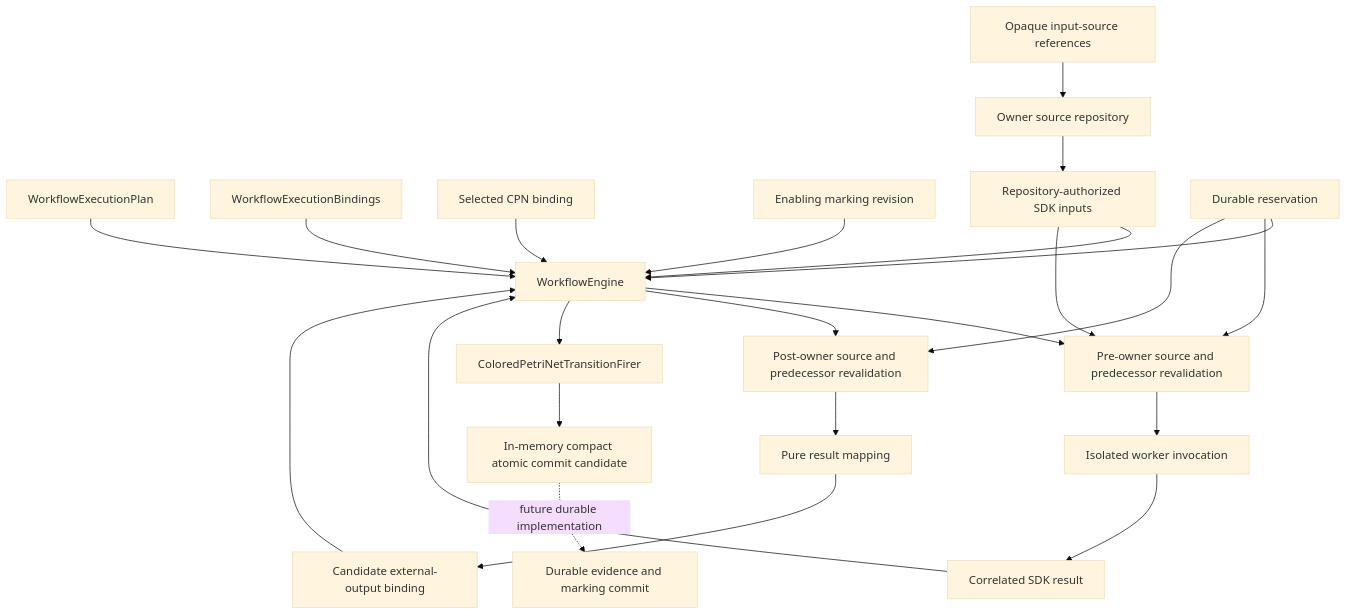
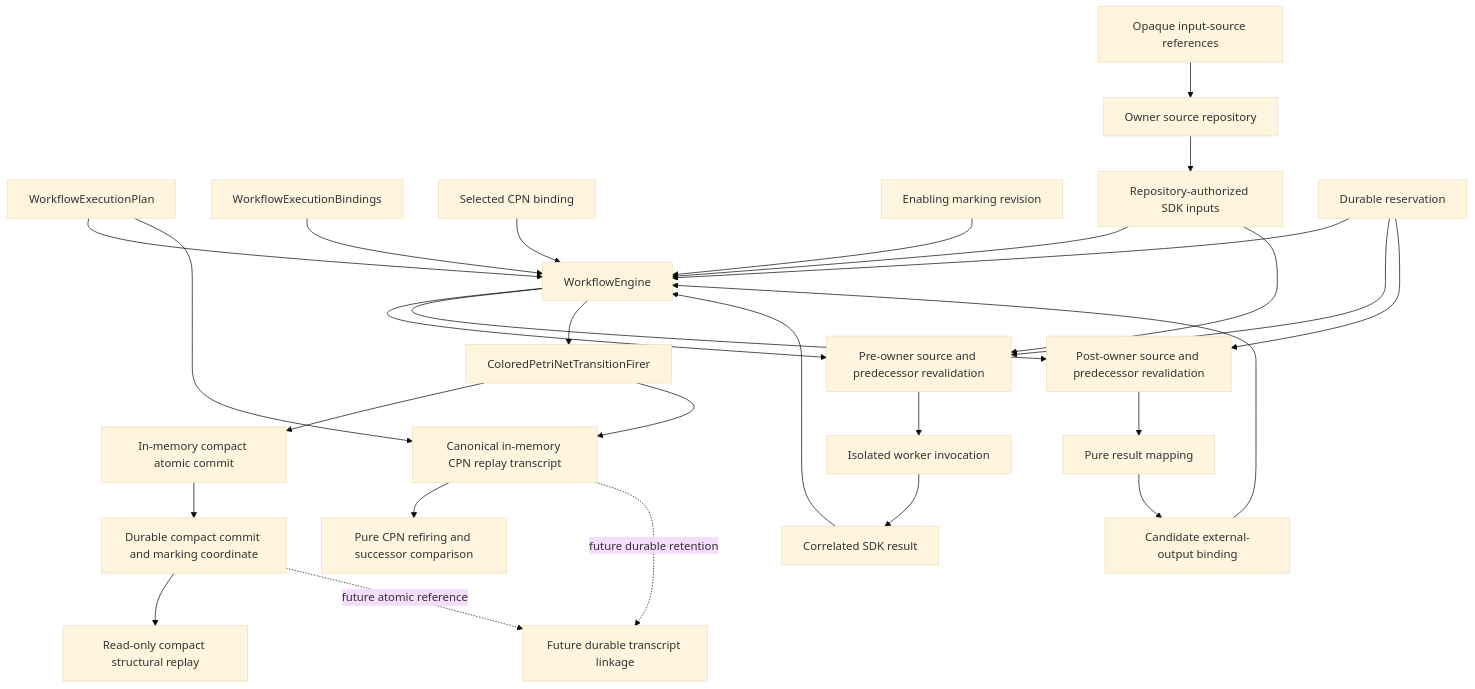
The diagram in docs/architecture/projectkoios/workflow/runtime/WorkflowEngine/schematic.md (eragasa/projectkoios-workflow), drawn with Mermaid (base theme) before and after one commit. The commit also changed other lines of this file and 13 other files, not shown here.

Commit message:
feat: add pure CPN transcript refiring

````diff
--- a/docs/architecture/projectkoios/workflow/runtime/WorkflowEngine/schematic.md
+++ b/docs/architecture/projectkoios/workflow/runtime/WorkflowEngine/schematic.md
@@ -5,44 +5,54 @@
 ```mermaid
 flowchart TD
     P[WorkflowExecutionPlan]
     B[WorkflowExecutionBindings]
     S[Selected CPN binding]
     M[Enabling marking revision]
     I[Opaque input-source references]
     SR[Owner source repository]
     U[Repository-authorized SDK inputs]
     R[Durable reservation]
     Q[Pre-owner source and predecessor revalidation]
     V[Post-owner source and predecessor revalidation]
     E[WorkflowEngine]
     W[Isolated worker invocation]
     O[Correlated SDK result]
     A[Pure result mapping]
     X[Candidate external-output binding]
     F[ColoredPetriNetTransitionFirer]
-    K[In-memory compact atomic commit candidate]
-    C[Durable evidence and marking commit]
+    K[In-memory compact atomic commit]
+    C[Durable compact commit and marking coordinate]
+    CS[Read-only compact structural replay]
+    T[Canonical in-memory CPN replay transcript]
+    RF[Pure CPN refiring and successor comparison]
+    D[Future durable transcript linkage]
 
     P --> E
     B --> E
     S --> E
     M --> E
     I --> SR
     SR --> U
     U --> E
     R --> E
     E --> Q
     U --> Q
     R --> Q
     Q --> W
     W --> O
     O --> E
     E --> V
     R --> V
     V --> A
     A --> X
     X --> E
     E --> F
     F --> K
-    K -. future durable implementation .-> C
+    K --> C
+    C --> CS
+    F --> T
+    P --> T
+    T --> RF
+    C -. future atomic reference .-> D
+    T -. future durable retention .-> D
 ```
````
